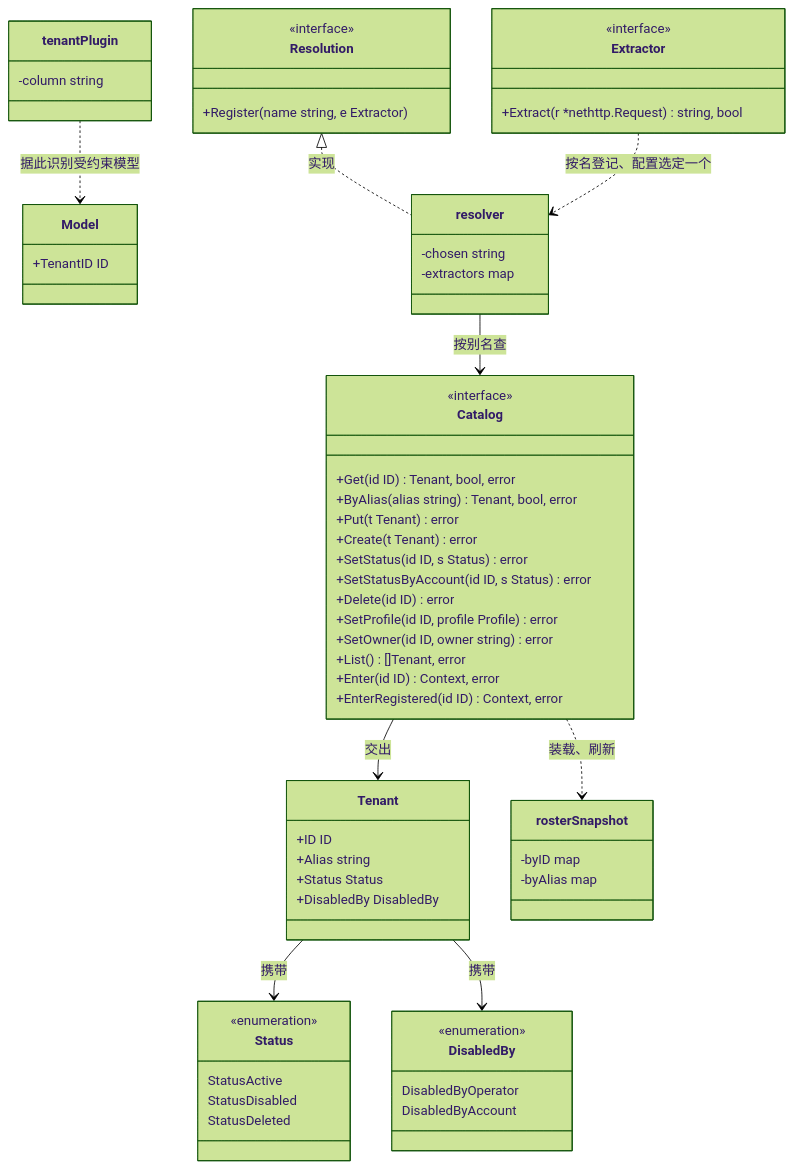
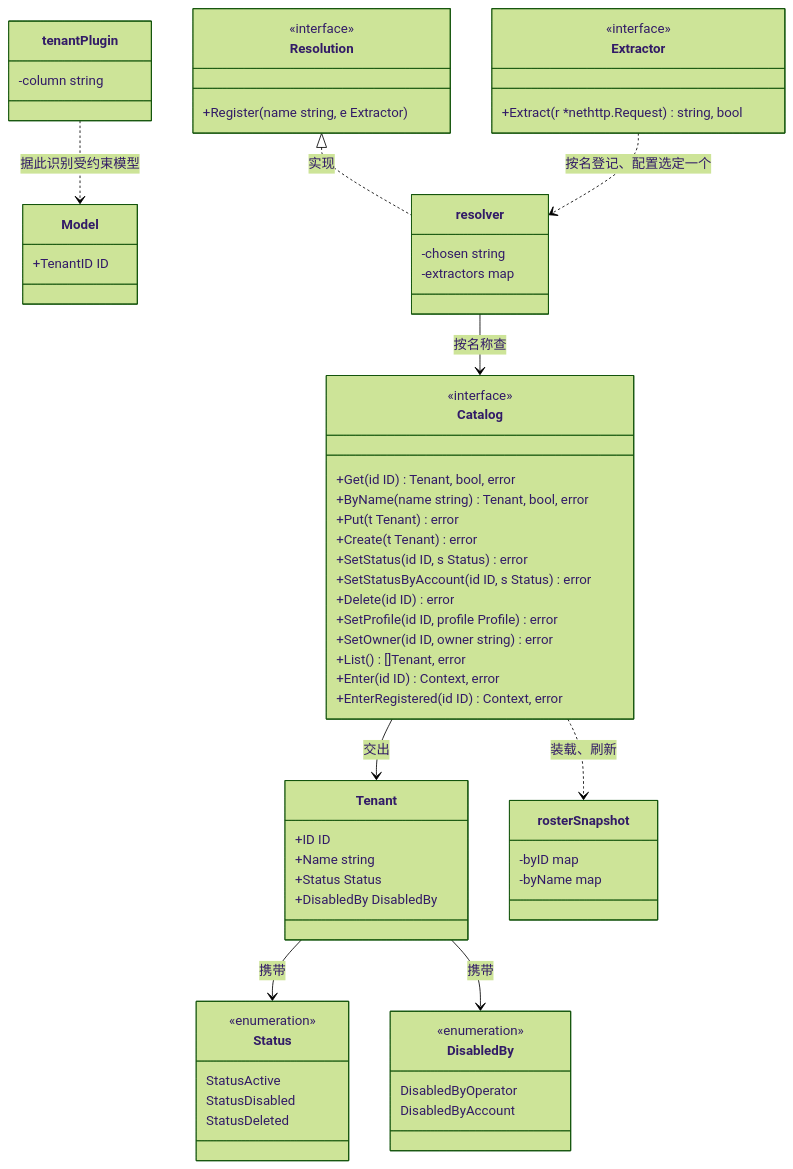
One commit to wangzw/speed changed the first of 5 diagrams in docs/design/modules/tenant/design-tenant.md. Above: the diagram before and after it, drawn with Mermaid (forest theme). The commit also changed other lines of this file and 300 other files, not shown here.

First line of the commit message:
refactor(tenant)!: rename the tenant alias to name

````diff
--- a/docs/design/modules/tenant/design-tenant.md
+++ b/docs/design/modules/tenant/design-tenant.md
@@ -509,65 +509,65 @@
 ```mermaid
 classDiagram
     class Resolution {
         <<interface>>
         +Register(name string, e Extractor)
     }
     class Catalog {
         <<interface>>
         +Get(id ID) Tenant, bool, error
-        +ByAlias(alias string) Tenant, bool, error
+        +ByName(name string) Tenant, bool, error
         +Put(t Tenant) error
         +Create(t Tenant) error
         +SetStatus(id ID, s Status) error
         +SetStatusByAccount(id ID, s Status) error
         +Delete(id ID) error
         +SetProfile(id ID, profile Profile) error
         +SetOwner(id ID, owner string) error
         +List() []Tenant, error
         +Enter(id ID) Context, error
         +EnterRegistered(id ID) Context, error
     }
     class Extractor {
         <<interface>>
         +Extract(r *nethttp.Request) string, bool
     }
     class Tenant {
         +ID ID
-        +Alias string
+        +Name string
         +Status Status
         +DisabledBy DisabledBy
     }
     class Status {
         <<enumeration>>
         StatusActive
         StatusDisabled
         StatusDeleted
     }
     class DisabledBy {
         <<enumeration>>
         DisabledByOperator
         DisabledByAccount
     }
     class Model {
         +TenantID ID
     }
     class rosterSnapshot {
         -byID map
-        -byAlias map
+        -byName map
     }
     class resolver {
         -chosen string
         -extractors map
     }
     class tenantPlugin {
         -column string
     }
     Resolution <|.. resolver : 实现
     Extractor ..> resolver : 按名登记、配置选定一个
-    resolver --> Catalog : 按别名查
+    resolver --> Catalog : 按名称查
     Catalog --> Tenant : 交出
     Tenant --> Status : 携带
     Tenant --> DisabledBy : 携带
     Catalog ..> rosterSnapshot : 装载、刷新
     tenantPlugin ..> Model : 据此识别受约束模型
 ```
````
